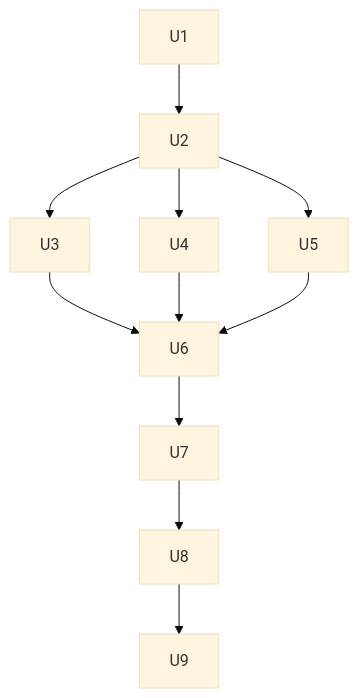
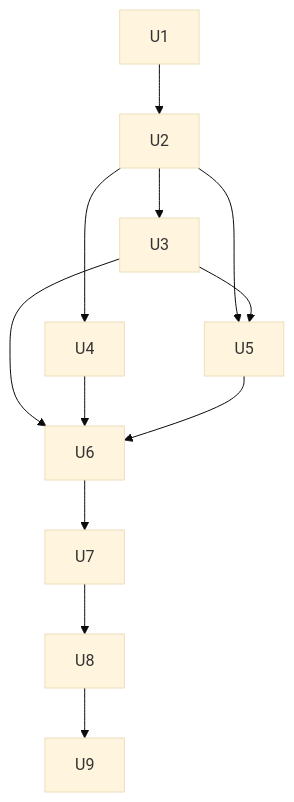
Before and after one commit to camunda/connectors: the fifth of 5 diagrams in docs/plans/2026-10-05-1445-feat-ai-agent-otel-genai-tracing-plan.md, drawn with Mermaid (base theme). The commit also changed other lines of this file, not shown here.

````diff
--- a/docs/plans/2026-10-05-1445-feat-ai-agent-otel-genai-tracing-plan.md
+++ b/docs/plans/2026-10-05-1445-feat-ai-agent-otel-genai-tracing-plan.md
@@ -373,13 +373,14 @@
 ```mermaid
 flowchart TB
   U1 --> U2
   U2 --> U3
   U2 --> U4
   U2 --> U5
+  U3 --> U5
   U3 --> U6
   U4 --> U6
   U5 --> U6
   U6 --> U7
   U7 --> U8
   U8 --> U9
 ```
````
